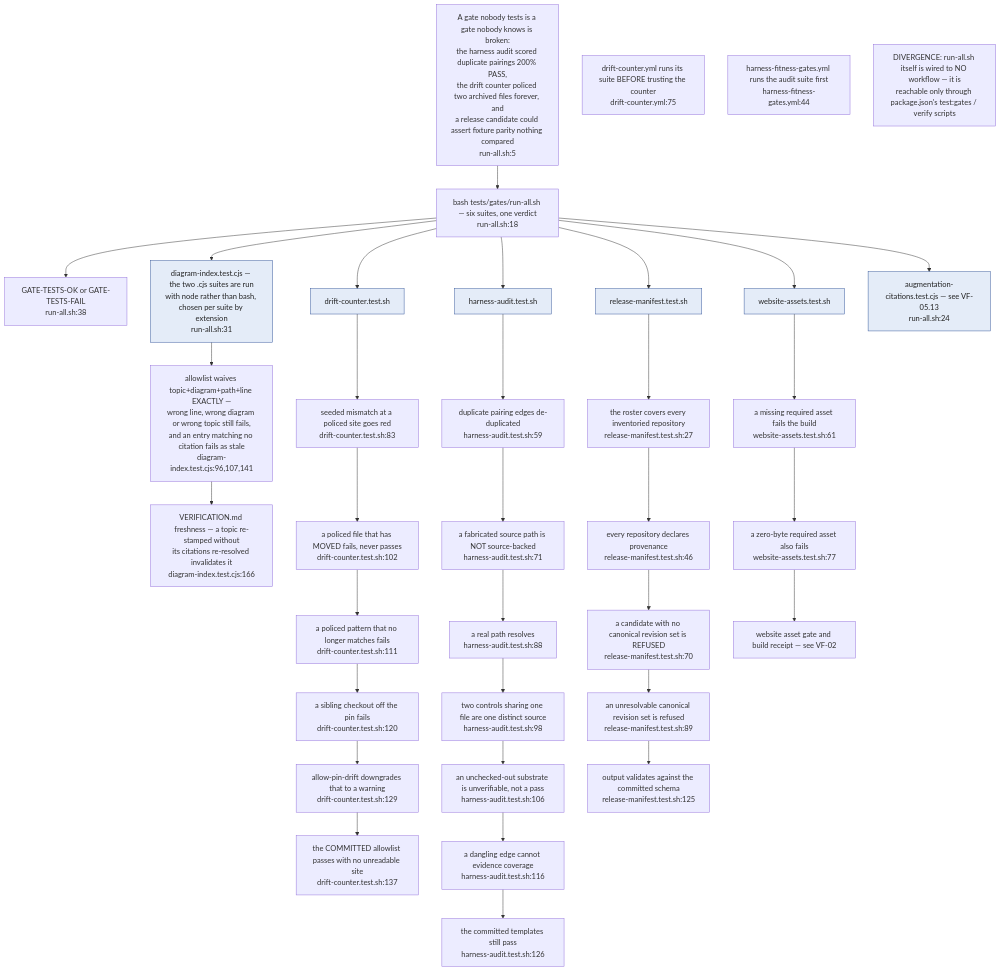
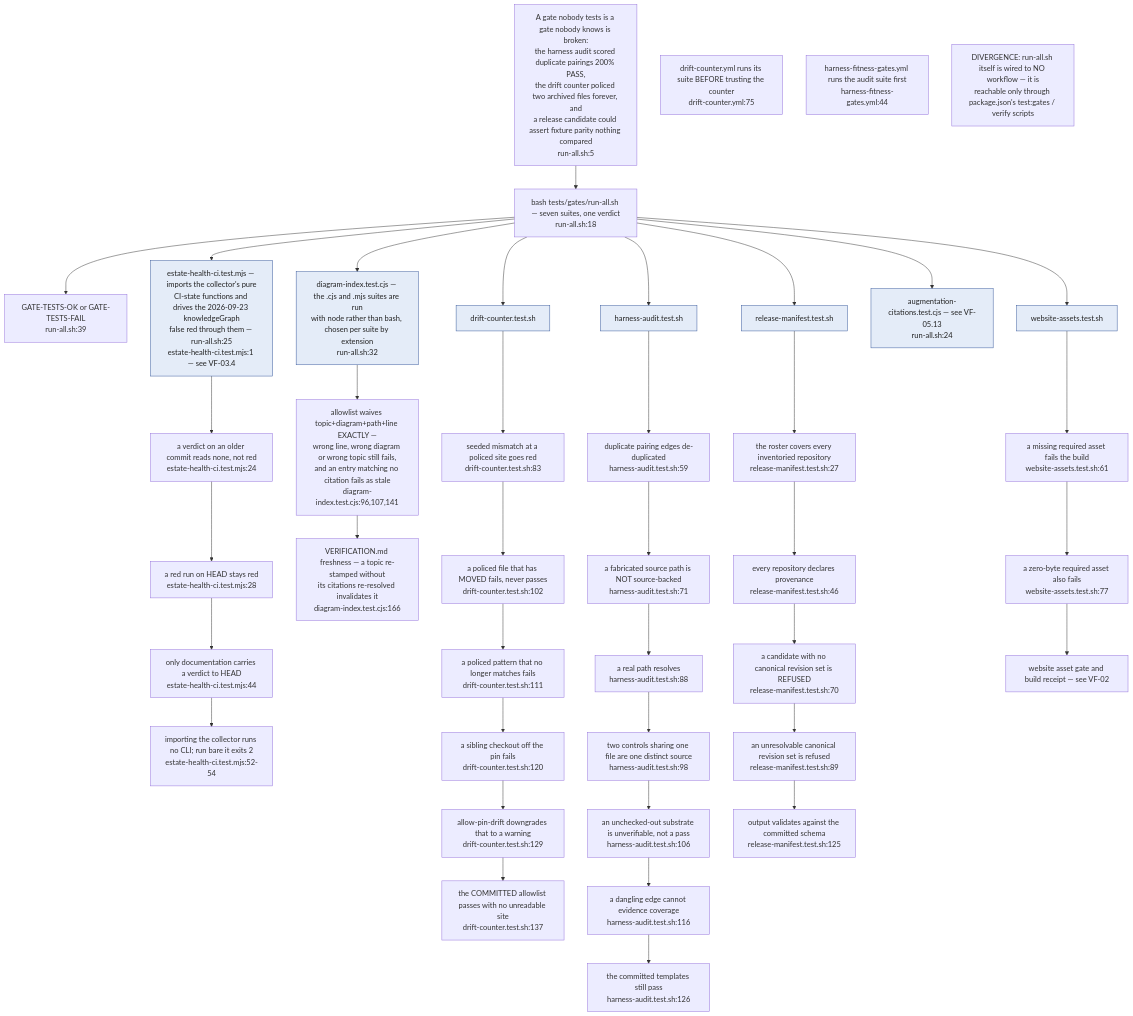
The tenth of 12 diagrams in docs/diagrams/visionflow/05-governance-gates.md (DreamLab-AI/VisionFlow), drawn with Mermaid before and after one commit. The commit also changed other lines of this file and 94 other files, not shown here.

First line of the commit message:
docs(diagrams): re-verify 130 topics against 2 October HEADs

````diff
--- a/docs/diagrams/visionflow/05-governance-gates.md
+++ b/docs/diagrams/visionflow/05-governance-gates.md
@@ -427,48 +433,53 @@
 ```mermaid
 flowchart TB
     classDef suite fill:#e4ecf8,stroke:#33559a,color:#222
 
     WHY["A gate nobody tests is a gate nobody knows is broken:<br/>the harness audit scored duplicate pairings 200% PASS,<br/>the drift counter policed two archived files forever, and<br/>a release candidate could assert fixture parity nothing compared<br/>run-all.sh:5"]
 
-    WHY --> RUN["bash tests/gates/run-all.sh — six suites, one verdict<br/>run-all.sh:18"]
-    RUN --> PRINT["GATE-TESTS-OK or GATE-TESTS-FAIL<br/>run-all.sh:38"]
+    WHY --> RUN["bash tests/gates/run-all.sh — seven suites, one verdict<br/>run-all.sh:18"]
+    RUN --> PRINT["GATE-TESTS-OK or GATE-TESTS-FAIL<br/>run-all.sh:39"]
 
     RUN --> S1["drift-counter.test.sh"]:::suite
     RUN --> S2["harness-audit.test.sh"]:::suite
     RUN --> S3["release-manifest.test.sh"]:::suite
     RUN --> S4["website-assets.test.sh"]:::suite
-    RUN --> S5["diagram-index.test.cjs — the two .cjs suites are run<br/>with node rather than bash, chosen per suite by extension<br/>run-all.sh:31"]:::suite
+    RUN --> S5["diagram-index.test.cjs — the .cjs and .mjs suites are run<br/>with node rather than bash, chosen per suite by extension<br/>run-all.sh:32"]:::suite
     RUN --> S6["augmentation-citations.test.cjs — see VF-05.13<br/>run-all.sh:24"]:::suite
+    RUN --> S7["estate-health-ci.test.mjs — imports the collector's pure<br/>CI-state functions and drives the 2026-09-23 knowledgeGraph<br/>false red through them — run-all.sh:25<br/>estate-health-ci.test.mjs:1 — see VF-03.4"]:::suite
+    S7 --> E1["a verdict on an older commit reads none, not red<br/>estate-health-ci.test.mjs:24"]
+    E1 --> E2["a red run on HEAD stays red<br/>estate-health-ci.test.mjs:28"]
+    E2 --> E3["only documentation carries a verdict to HEAD<br/>estate-health-ci.test.mjs:44"]
+    E3 --> E4["importing the collector runs no CLI; run bare it exits 2<br/>estate-health-ci.test.mjs:52-54"]
 
     S5 --> DI1["allowlist waives topic+diagram+path+line EXACTLY —<br/>wrong line, wrong diagram or wrong topic still fails,<br/>and an entry matching no citation fails as stale<br/>diagram-index.test.cjs:96,107,141"]
     DI1 --> DI2["VERIFICATION.md freshness — a topic re-stamped without<br/>its citations re-resolved invalidates it<br/>diagram-index.test.cjs:166"]
 
     S1 --> D1["seeded mismatch at a policed site goes red<br/>drift-counter.test.sh:83"]
     D1 --> D2["a policed file that has MOVED fails, never passes<br/>drift-counter.test.sh:102"]
     D2 --> D3["a policed pattern that no longer matches fails<br/>drift-counter.test.sh:111"]
     D3 --> D4["a sibling checkout off the pin fails<br/>drift-counter.test.sh:120"]
     D4 --> D5["allow-pin-drift downgrades that to a warning<br/>drift-counter.test.sh:129"]
     D5 --> D6["the COMMITTED allowlist passes with no unreadable site<br/>drift-counter.test.sh:137"]
 
     S2 --> H1["duplicate pairing edges de-duplicated<br/>harness-audit.test.sh:59"]
     H1 --> H2["a fabricated source path is NOT source-backed<br/>harness-audit.test.sh:71"]
     H2 --> H3["a real path resolves<br/>harness-audit.test.sh:88"]
     H3 --> H4["two controls sharing one file are one distinct source<br/>harness-audit.test.sh:98"]
     H4 --> H5["an unchecked-out substrate is unverifiable, not a pass<br/>harness-audit.test.sh:106"]
     H5 --> H6["a dangling edge cannot evidence coverage<br/>harness-audit.test.sh:116"]
     H6 --> H7["the committed templates still pass<br/>harness-audit.test.sh:126"]
 
     S3 --> R1["the roster covers every inventoried repository<br/>release-manifest.test.sh:27"]
     R1 --> R2["every repository declares provenance<br/>release-manifest.test.sh:46"]
     R2 --> R3["a candidate with no canonical revision set is REFUSED<br/>release-manifest.test.sh:70"]
     R3 --> R4["an unresolvable canonical revision set is refused<br/>release-manifest.test.sh:89"]
     R4 --> R5["output validates against the committed schema<br/>release-manifest.test.sh:125"]
 
     S4 --> W1["a missing required asset fails the build<br/>website-assets.test.sh:61"]
     W1 --> W2["a zero-byte required asset also fails<br/>website-assets.test.sh:77"]
     W2 --> WX["website asset gate and build receipt — see VF-02"]
 
     CI1["drift-counter.yml runs its suite BEFORE trusting the counter<br/>drift-counter.yml:75"]
     CI2["harness-fitness-gates.yml runs the audit suite first<br/>harness-fitness-gates.yml:44"]
     CI3["DIVERGENCE: run-all.sh itself is wired to NO workflow — it is<br/>reachable only through package.json's test:gates / verify scripts"]
 ```
````
